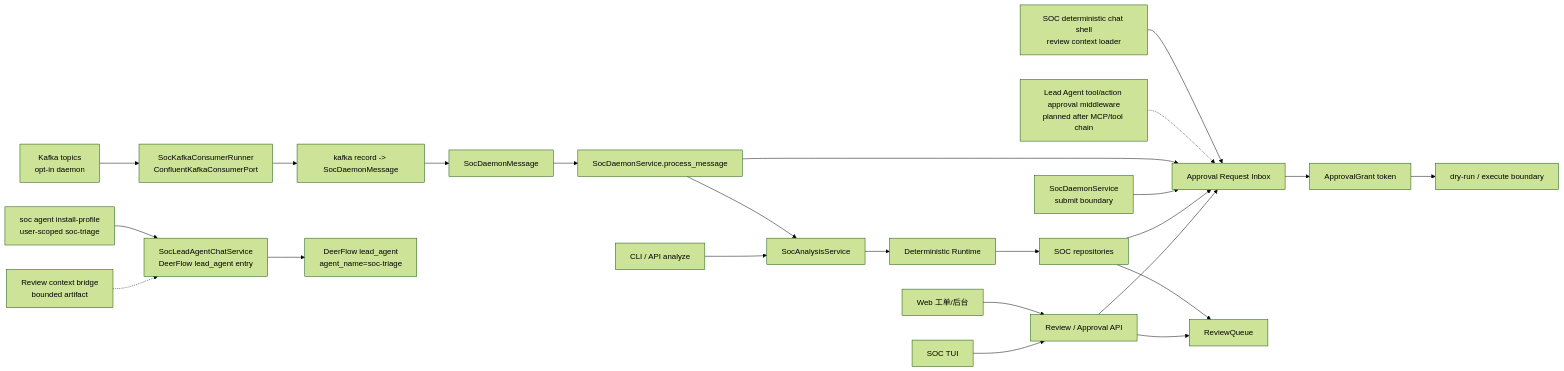
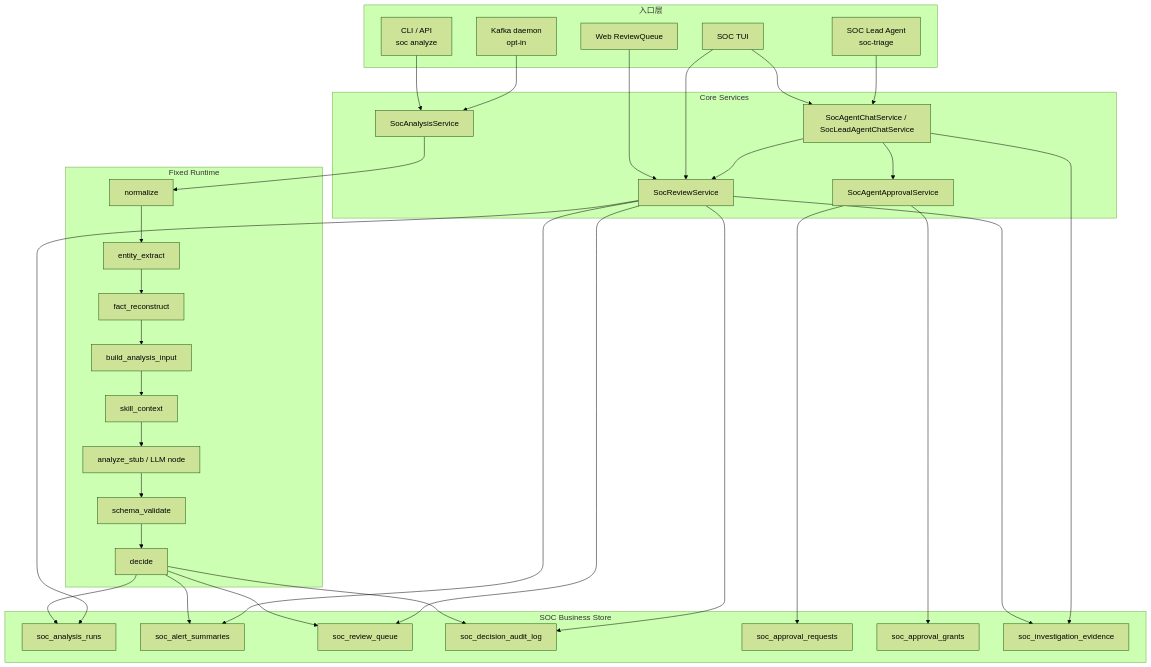
One commit to yydspanda/deer-flow changed the first of 5 diagrams in .notes/ai_soc/alert-lifecycle-flow.md. Above: the diagram before and after it, drawn with Mermaid (forest theme). The commit also changed other lines of this file and 6 other files, not shown here.

Commit message:
Document SOC memory and capability roadmap

````diff
--- a/.notes/ai_soc/alert-lifecycle-flow.md
+++ b/.notes/ai_soc/alert-lifecycle-flow.md
@@ -19,28 +64,64 @@
 ```mermaid
-flowchart LR
-    Kafka["Kafka topics\nopt-in daemon"] --> Consumer["SocKafkaConsumerRunner\nConfluentKafkaConsumerPort"]
-    Consumer --> Mapper["kafka record -> SocDaemonMessage"]
-    Mapper --> DaemonMessage["SocDaemonMessage"]
-    DaemonMessage --> DaemonProcess["SocDaemonService.process_message"]
-    DaemonProcess --> Analysis["SocAnalysisService"]
-    CLI["CLI / API analyze"] --> Analysis
-    AgentShell["SOC deterministic chat shell\nreview context loader"] --> ApprovalInbox["Approval Request Inbox"]
-    Profile["soc agent install-profile\nuser-scoped soc-triage"] --> LeadAgent["SocLeadAgentChatService\nDeerFlow lead_agent entry"]
-    LeadAgent --> DeerFlow["DeerFlow lead_agent\nagent_name=soc-triage"]
-    ReviewBridge["Review context bridge\nbounded artifact"] -.-> LeadAgent
-    LeadMiddleware["Lead Agent tool/action approval middleware\nplanned after MCP/tool chain"] -.-> ApprovalInbox
-    DaemonProcess --> ApprovalInbox
-    Daemon["SocDaemonService\nsubmit boundary"] --> ApprovalInbox
-    Web["Web 工单/后台"] --> ReviewAPI["Review / Approval API"]
-    TUI["SOC TUI"] --> ReviewAPI
+flowchart TD
+    subgraph Inputs["入口层"]
+        CLI["CLI / API\nsoc analyze"]
+        Kafka["Kafka daemon\nopt-in"]
+        Web["Web ReviewQueue"]
+        TUI["SOC TUI"]
+        Lead["SOC Lead Agent\nsoc-triage"]
+    end
 
-    Analysis --> Runtime["Deterministic Runtime"]
-    Runtime --> Stores["SOC repositories"]
-    Stores --> ReviewQueue["ReviewQueue"]
-    Stores --> ApprovalInbox
+    subgraph Core["Core Services"]
+        Analysis["SocAnalysisService"]
+        Review["SocReviewService"]
+        Chat["SocAgentChatService / SocLeadAgentChatService"]
+        Approval["SocAgentApprovalService"]
+    end
 
-    ReviewAPI --> ReviewQueue
-    ReviewAPI --> ApprovalInbox
-    ApprovalInbox --> Grant["ApprovalGrant token"]
-    Grant --> Execute["dry-run / execute boundary"]
+    subgraph Runtime["Fixed Runtime"]
+        Normalize["normalize"]
+        Entity["entity_extract"]
+        Fact["fact_reconstruct"]
+        BuildInput["build_analysis_input"]
+        Skill["skill_context"]
+        Analyze["analyze_stub / LLM node"]
+        Validate["schema_validate"]
+        Decide["decide"]
+    end
+
+    subgraph Stores["SOC Business Store"]
+        Runs["soc_analysis_runs"]
+        Summary["soc_alert_summaries"]
+        Queue["soc_review_queue"]
+        Audit["soc_decision_audit_log"]
+        ApprovalReq["soc_approval_requests"]
+        ApprovalGrant["soc_approval_grants"]
+        Evidence["soc_investigation_evidence"]
+    end
+
+    CLI --> Analysis
+    Kafka --> Analysis
+    Web --> Review
+    TUI --> Review
+    TUI --> Chat
+    Lead --> Chat
+
+    Analysis --> Normalize --> Entity --> Fact --> BuildInput --> Skill --> Analyze --> Validate --> Decide
+
+    Decide --> Runs
+    Decide --> Summary
+    Decide --> Queue
+    Decide --> Audit
+
+    Review --> Queue
+    Review --> Runs
+    Review --> Summary
+    Review --> Audit
+    Review --> Evidence
+
+    Chat --> Review
+    Chat --> Approval
+    Chat --> Evidence
+    Approval --> ApprovalReq
+    Approval --> ApprovalGrant
 ```
````
